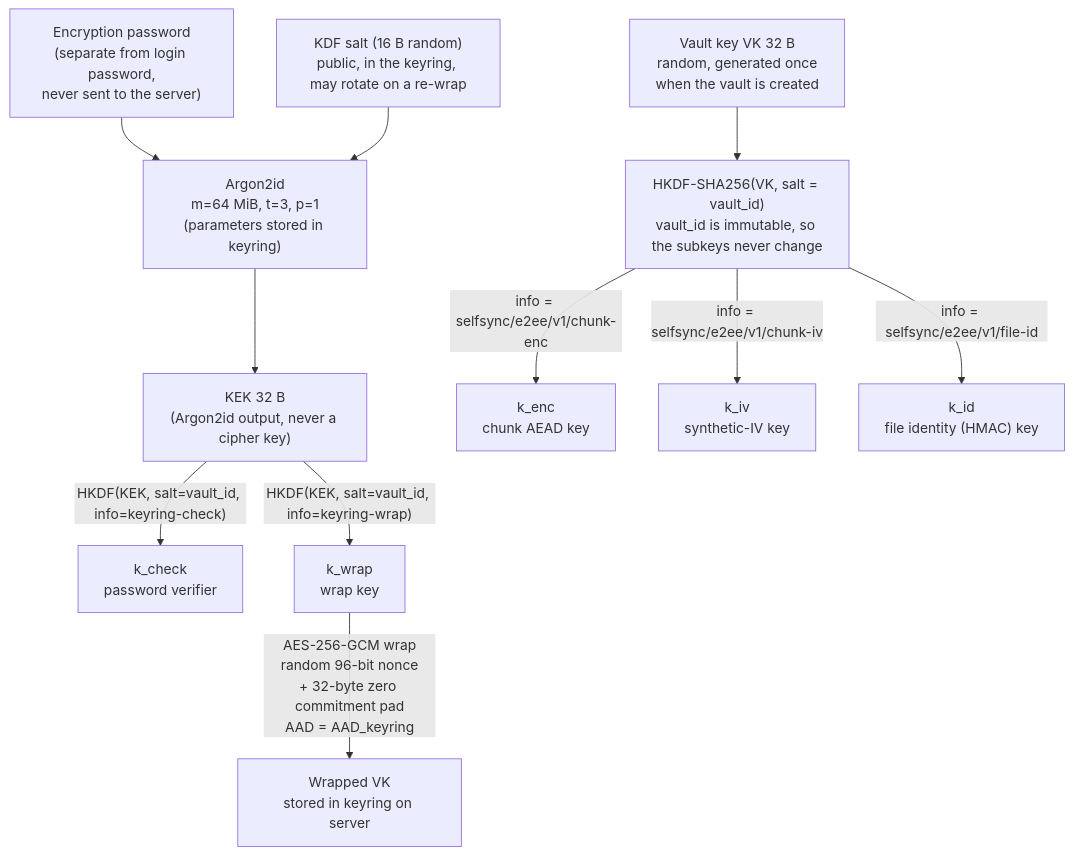
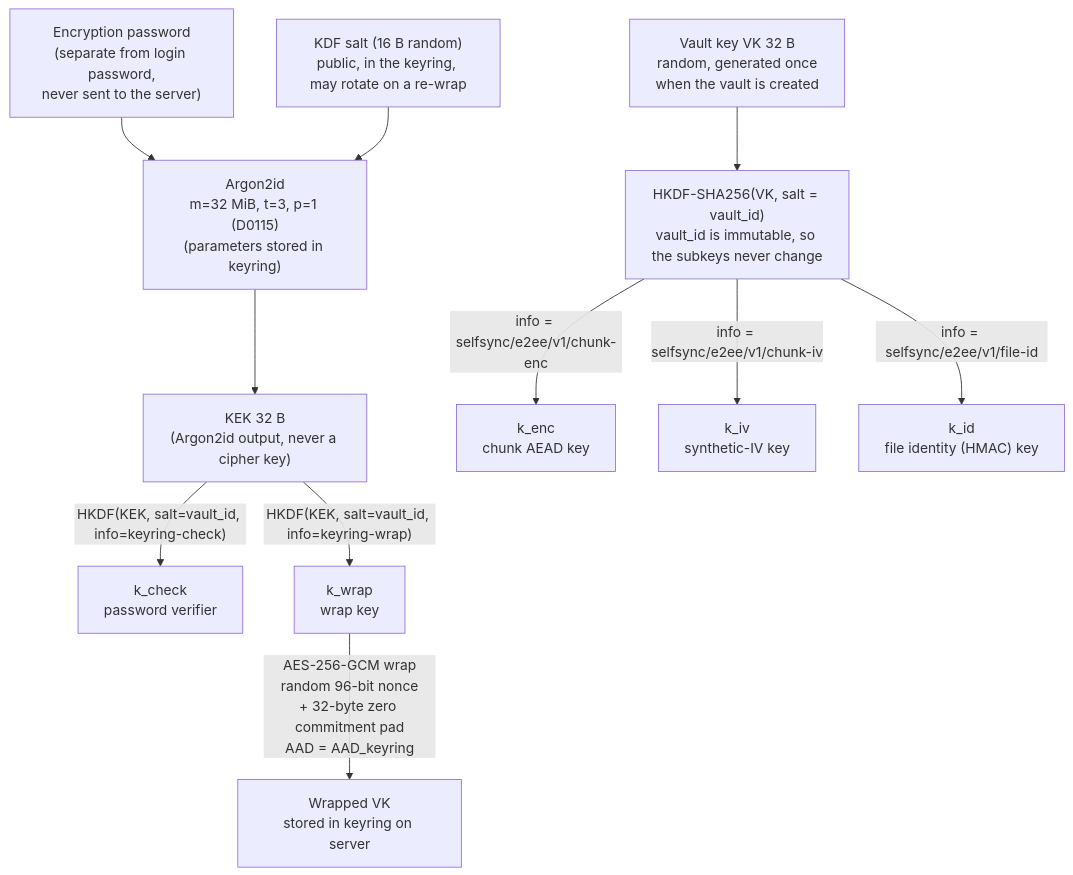
One commit to williamweatherholtz/obsidian-selfsync changed the first of 4 diagrams in docs/design/specs/2026-11-10-e2ee-design.md. Above: the diagram before and after it, drawn with Mermaid. The commit also changed other lines of this file and 8 other files, not shown here.

````diff
--- a/docs/design/specs/2026-11-10-e2ee-design.md
+++ b/docs/design/specs/2026-11-10-e2ee-design.md
@@ -147,16 +147,16 @@
 ```mermaid
 flowchart TD
     P["Encryption password<br/>(separate from login password,<br/>never sent to the server)"]
     S["KDF salt (16 B random)<br/>public, in the keyring, may rotate on a re-wrap"]
-    P --> KDF["Argon2id<br/>m=64 MiB, t=3, p=1<br/>(parameters stored in keyring)"]
+    P --> KDF["Argon2id<br/>m=32 MiB, t=3, p=1 (D0115)<br/>(parameters stored in keyring)"]
     S --> KDF
     KDF --> KEK["KEK 32 B<br/>(Argon2id output, never a cipher key)"]
     KEK -- "HKDF(KEK, salt=vault_id, info=keyring-check)" --> KC["k_check<br/>password verifier"]
     KEK -- "HKDF(KEK, salt=vault_id, info=keyring-wrap)" --> KW["k_wrap<br/>wrap key"]
     VK["Vault key VK 32 B<br/>random, generated once<br/>when the vault is created"]
     KW -- "AES-256-GCM wrap<br/>random 96-bit nonce<br/>+ 32-byte zero commitment pad<br/>AAD = AAD_keyring" --> WVK["Wrapped VK<br/>stored in keyring on server"]
     VK --> HK["HKDF-SHA256(VK, salt = vault_id)<br/>vault_id is immutable, so the subkeys never change"]
     HK -- "info = selfsync/e2ee/v1/chunk-enc" --> KE["k_enc<br/>chunk AEAD key"]
     HK -- "info = selfsync/e2ee/v1/chunk-iv" --> KI["k_iv<br/>synthetic-IV key"]
     HK -- "info = selfsync/e2ee/v1/file-id" --> KF["k_id<br/>file identity (HMAC) key"]
 ```
````
